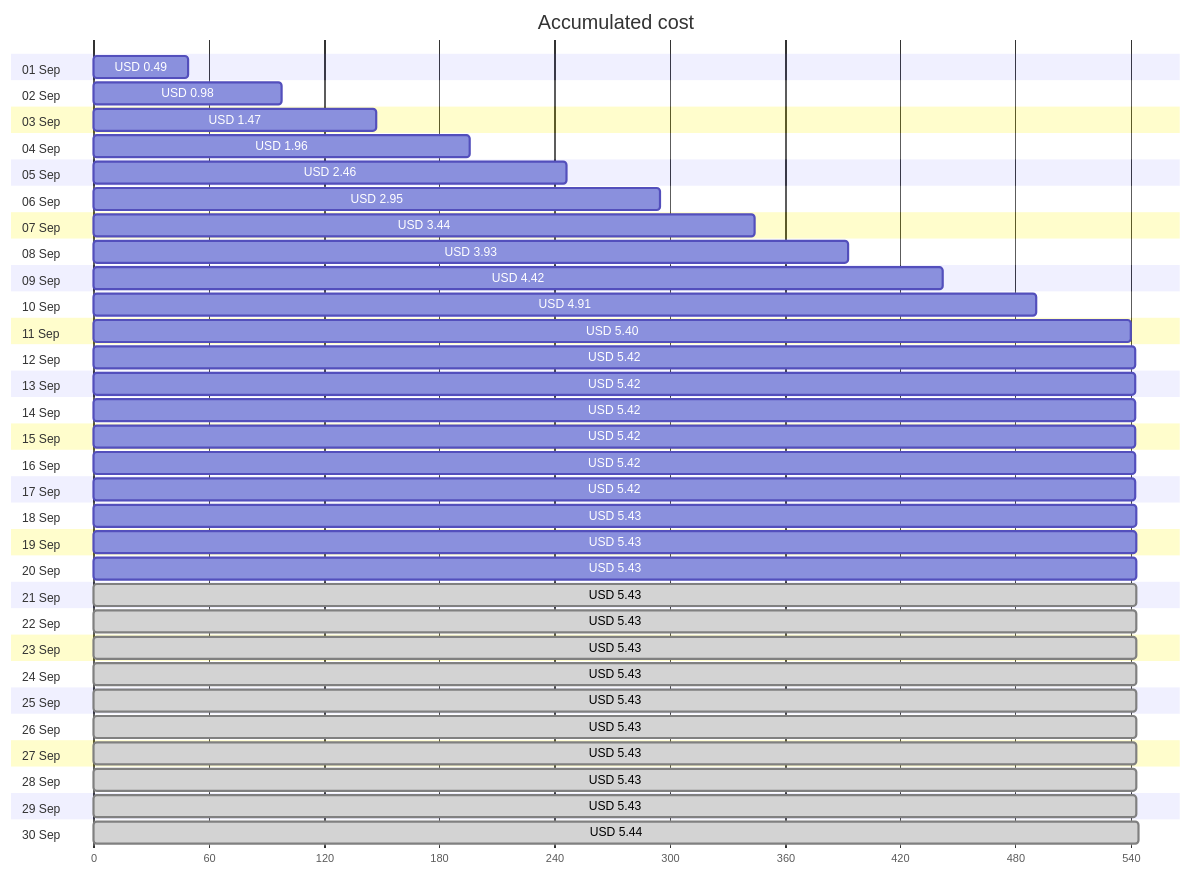
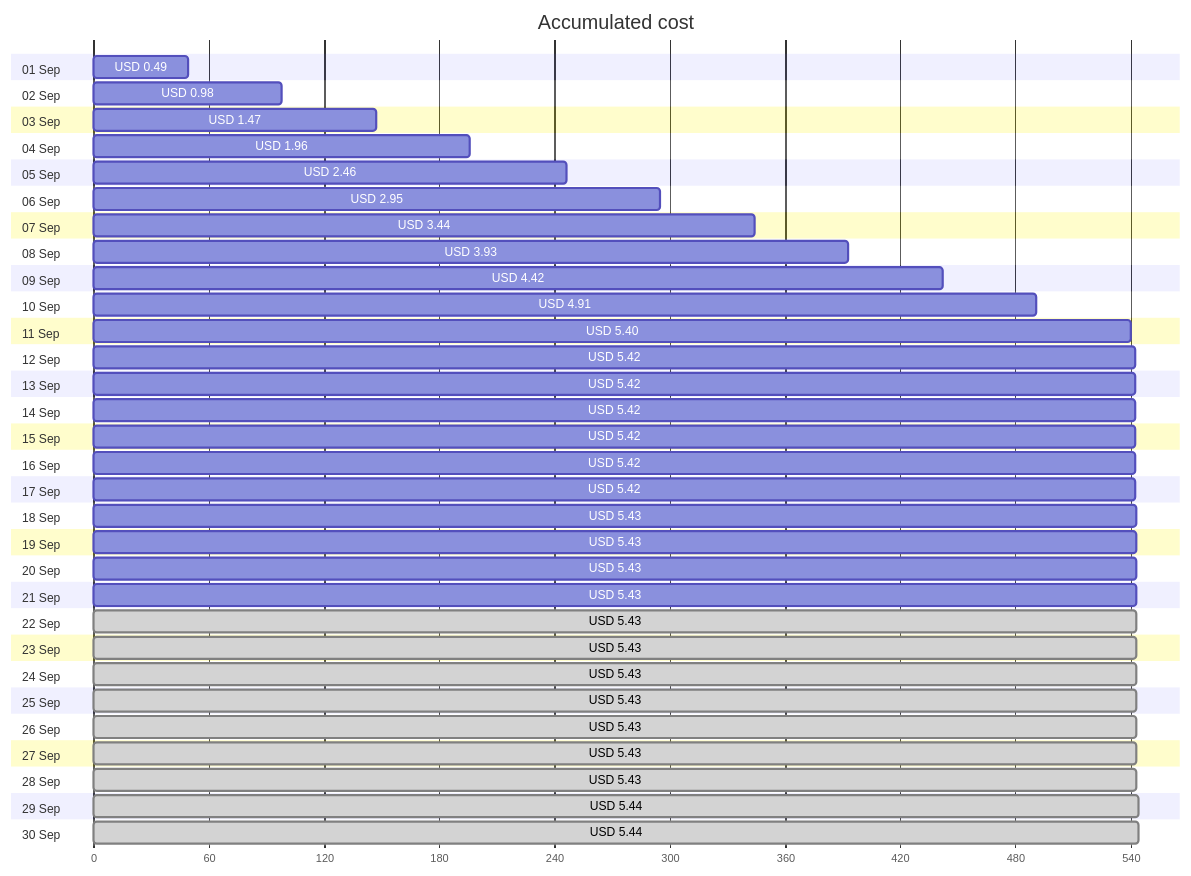
One commit to jpfulton/azure-personal-reports changed the first of 4 diagrams in cost-reports/personal-site/personalsiteapipreview.md. Above: the diagram before and after it, drawn with Mermaid. The commit also changed other lines of this file and 7 other files, not shown here.

````diff
--- a/cost-reports/personal-site/personalsiteapipreview.md
+++ b/cost-reports/personal-site/personalsiteapipreview.md
@@ -20,66 +20,66 @@
 ```mermaid
 gantt
    title Accumulated cost
    dateFormat  X
    axisFormat %s
    section 01 Sep
    USD 0.49 :0, 49
    section 02 Sep
    USD 0.98 :0, 98
    section 03 Sep
    USD 1.47 :0, 147
    section 04 Sep
    USD 1.96 :0, 196
    section 05 Sep
    USD 2.46 :0, 246
    section 06 Sep
    USD 2.95 :0, 295
    section 07 Sep
    USD 3.44 :0, 344
    section 08 Sep
    USD 3.93 :0, 393
    section 09 Sep
    USD 4.42 :0, 442
    section 10 Sep
    USD 4.91 :0, 491
    section 11 Sep
    USD 5.40 :0, 540
    section 12 Sep
    USD 5.42 :0, 542
    section 13 Sep
    USD 5.42 :0, 542
    section 14 Sep
    USD 5.42 :0, 542
    section 15 Sep
    USD 5.42 :0, 542
    section 16 Sep
    USD 5.42 :0, 542
    section 17 Sep
    USD 5.42 :0, 542
    section 18 Sep
    USD 5.43 :0, 543
    section 19 Sep
    USD 5.43 :0, 543
    section 20 Sep
    USD 5.43 :0, 543
    section 21 Sep
-   USD 5.43 : done, 0, 543
+   USD 5.43 :0, 543
    section 22 Sep
    USD 5.43 : done, 0, 543
    section 23 Sep
    USD 5.43 : done, 0, 543
    section 24 Sep
    USD 5.43 : done, 0, 543
    section 25 Sep
    USD 5.43 : done, 0, 543
    section 26 Sep
    USD 5.43 : done, 0, 543
    section 27 Sep
    USD 5.43 : done, 0, 543
    section 28 Sep
    USD 5.43 : done, 0, 543
    section 29 Sep
-   USD 5.43 : done, 0, 543
+   USD 5.44 : done, 0, 544
    section 30 Sep
    USD 5.44 : done, 0, 544
 ```
````
